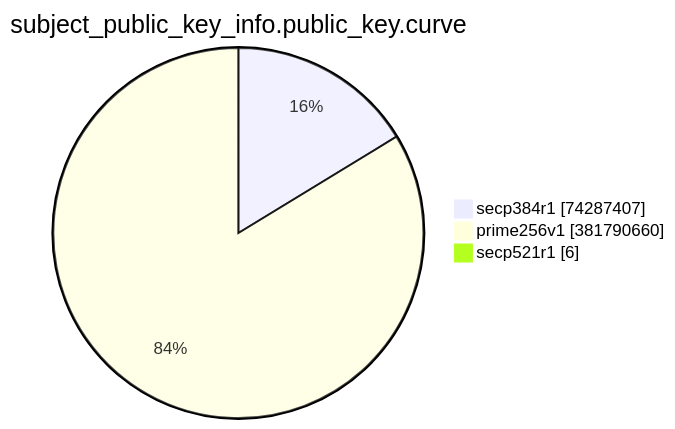
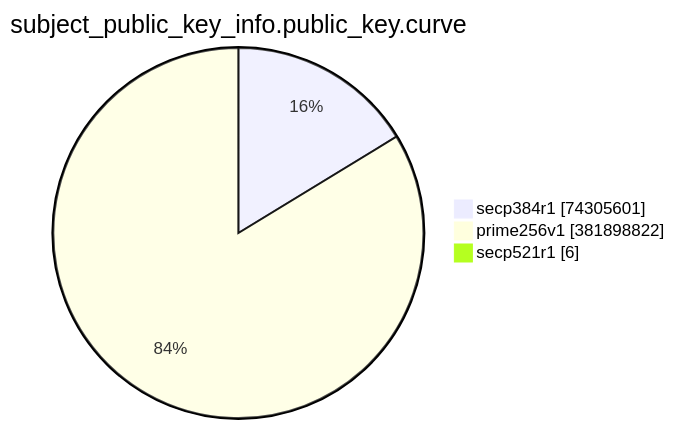
Before and after one commit to christiankrug/ctmonitor_visualization: the eighth of 15 diagrams in TOTAL/README.md, drawn with Mermaid. The commit also changed other lines of this file, not shown here.

````diff
--- a/TOTAL/README.md
+++ b/TOTAL/README.md
@@ -3094,7 +3094,7 @@
 ```mermaid
 pie showData
 title subject_public_key_info.public_key.curve
-"secp384r1" :74287407
-"prime256v1" :381790660
+"secp384r1" :74305601
+"prime256v1" :381898822
 "secp521r1" :6
 ```
````
